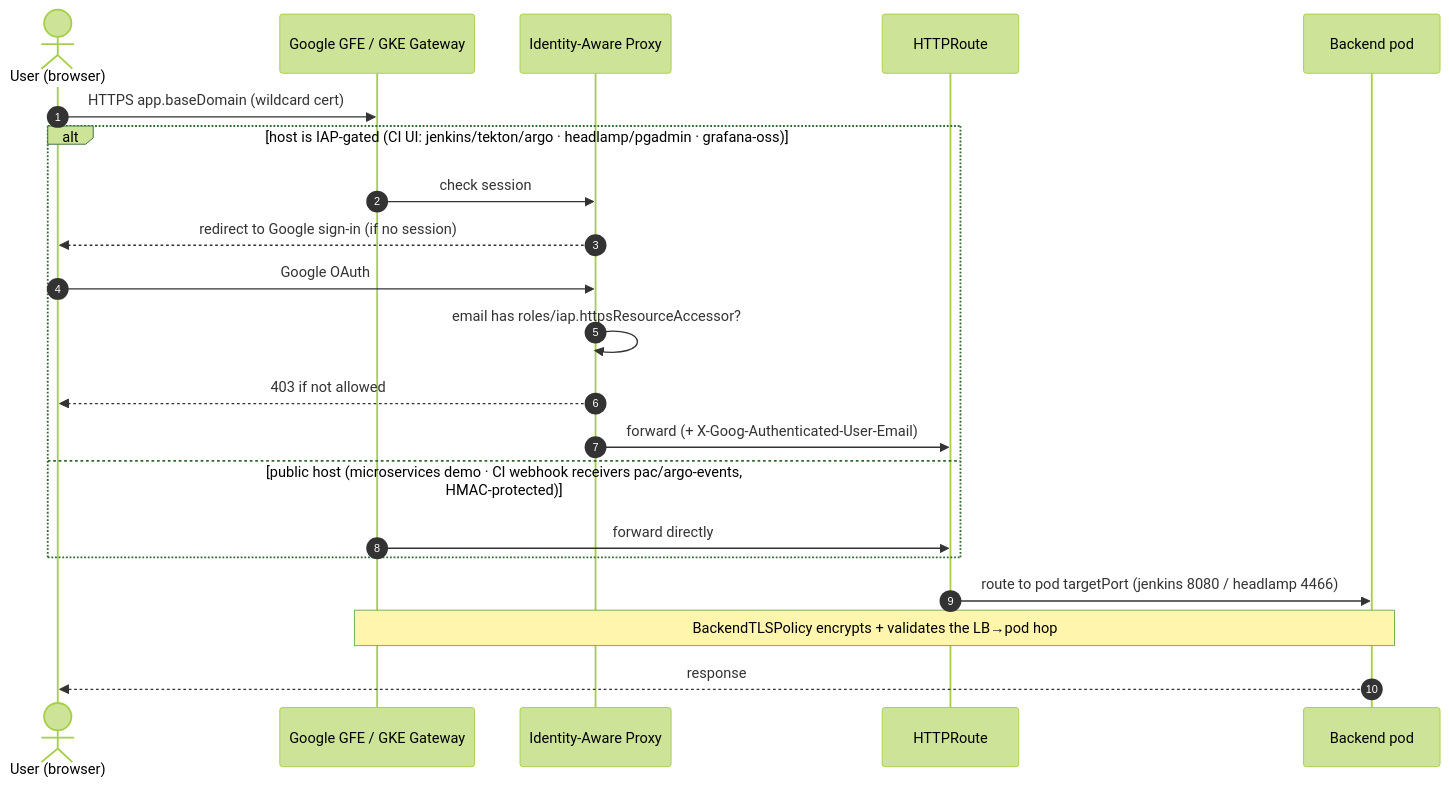
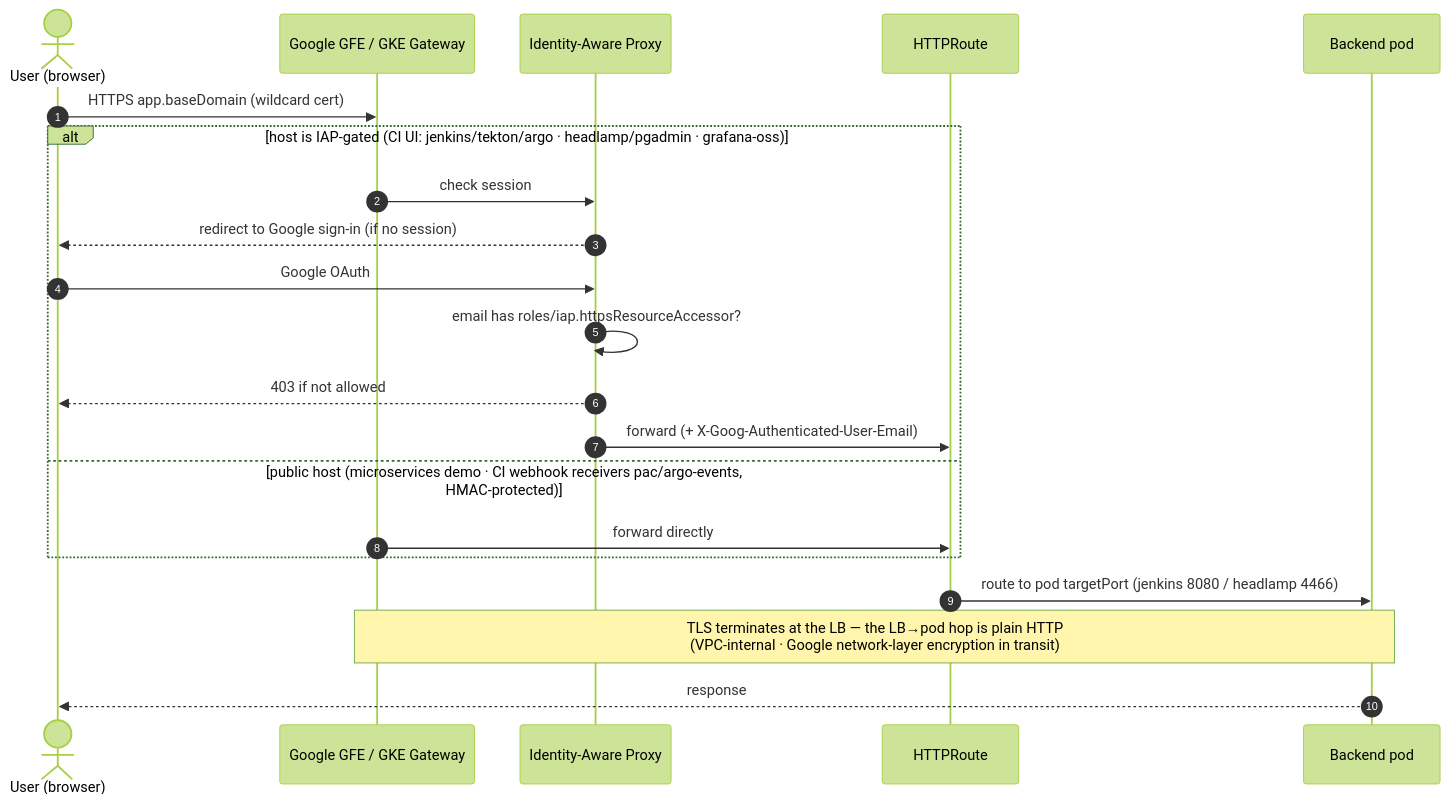
The tenth of 12 diagrams in docs/501-PLATFORM_OPERATIONS.md (nubenetes/jenkins-2026), drawn with Mermaid (forest theme) before and after one commit. The commit also changed other lines of this file and 3 other files, not shown here.

````diff
--- a/docs/501-PLATFORM_OPERATIONS.md
+++ b/docs/501-PLATFORM_OPERATIONS.md
@@ -830,24 +830,24 @@
 ```mermaid
 sequenceDiagram
   autonumber
   actor U as User (browser)
   participant GFE as Google GFE / GKE Gateway
   participant IAP as Identity-Aware Proxy
   participant HR as HTTPRoute
   participant Pod as Backend pod
 
   U->>GFE: HTTPS app.baseDomain (wildcard cert)
   alt host is IAP-gated (CI UI: jenkins/tekton/argo · headlamp/pgadmin · grafana-oss)
     GFE->>IAP: check session
     IAP-->>U: redirect to Google sign-in (if no session)
     U->>IAP: Google OAuth
     IAP->>IAP: email has roles/iap.httpsResourceAccessor?
     IAP-->>U: 403 if not allowed
     IAP->>HR: forward (+ X-Goog-Authenticated-User-Email)
   else public host (microservices demo · CI webhook receivers pac/argo-events, HMAC-protected)
     GFE->>HR: forward directly
   end
   HR->>Pod: route to pod targetPort (jenkins 8080 / headlamp 4466)
-  Note over GFE,Pod: BackendTLSPolicy encrypts + validates the LB→pod hop
+  Note over GFE,Pod: TLS terminates at the LB — the LB→pod hop is plain HTTP<br/>(VPC-internal · Google network-layer encryption in transit)
   Pod-->>U: response
 ```
````
